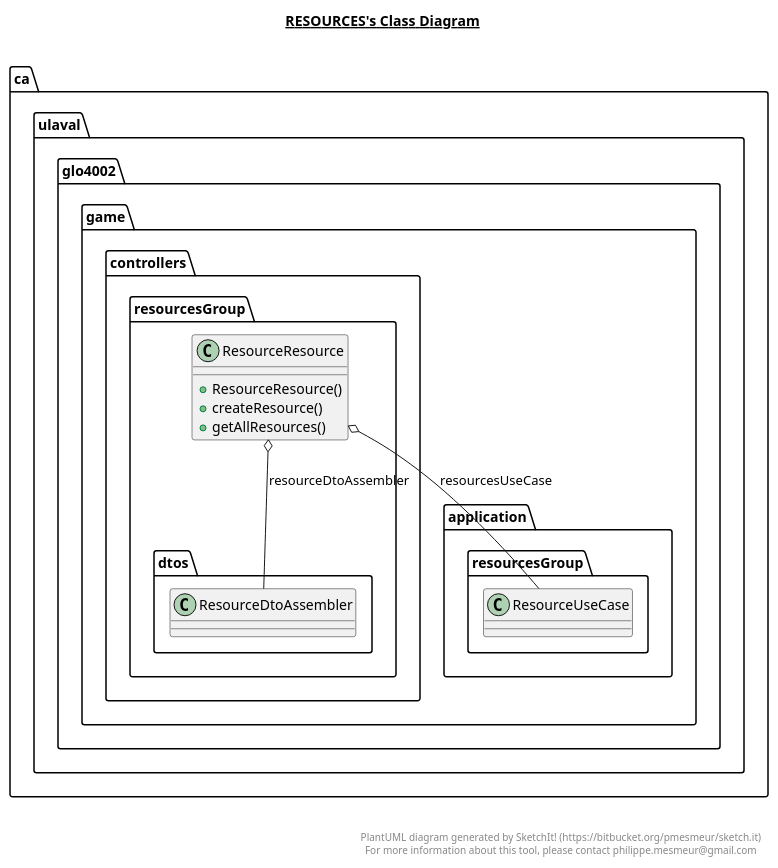
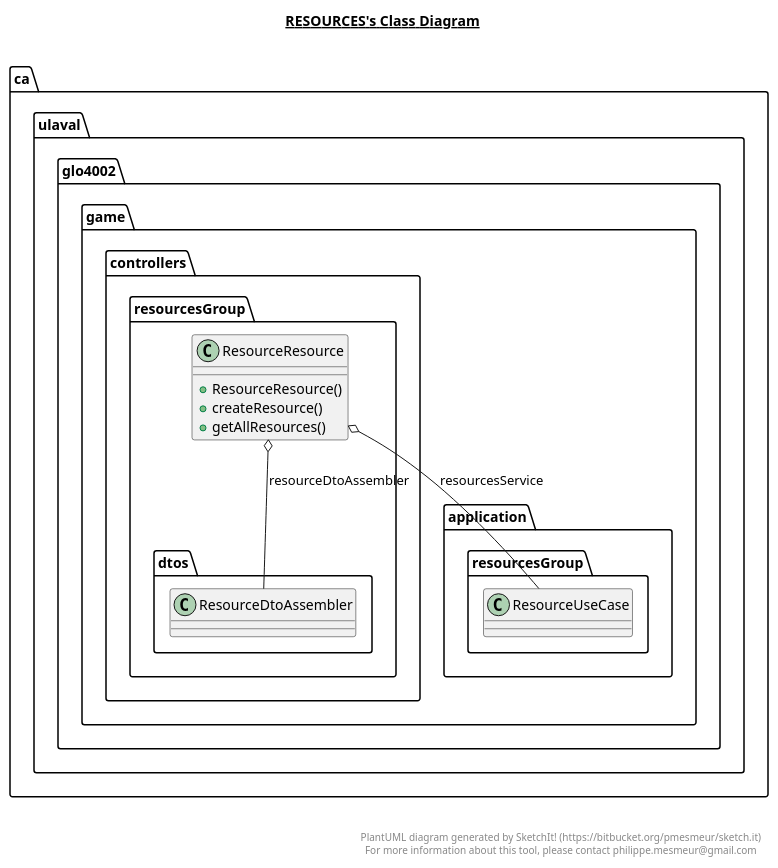
Before and after one commit to MALEC321/MEP7: the diagram in game-api/src/main/java/ca/ulaval/glo4002/game/controllers/resources/resources.plantuml, drawn with PlantUML. The commit also changed 31 other files, not shown here.

```diff
--- a/game-api/src/main/java/ca/ulaval/glo4002/game/controllers/resources/resources.plantuml
+++ b/game-api/src/main/java/ca/ulaval/glo4002/game/controllers/resources/resources.plantuml
@@ -1,27 +1,27 @@
 @startuml
 
 title __RESOURCES's Class Diagram__\n
 
     namespace ca.ulaval.glo4002.game {
       namespace controllers.resourcesGroup {
         class ca.ulaval.glo4002.game.controllers.resourcesGroup.ResourceResource {
             + ResourceResource()
             + createResource()
             + getAllResources()
         }
       }
     }
   
 
   ca.ulaval.glo4002.game.controllers.resourcesGroup.ResourceResource o-- ca.ulaval.glo4002.game.controllers.resourcesGroup.dtos.ResourceDtoAssembler : resourceDtoAssembler
-  ca.ulaval.glo4002.game.controllers.resourcesGroup.ResourceResource o-- ca.ulaval.glo4002.game.application.resourcesGroup.ResourceUseCase : resourcesUseCase
+  ca.ulaval.glo4002.game.controllers.resourcesGroup.ResourceResource o-- ca.ulaval.glo4002.game.application.resourcesGroup.ResourceUseCase : resourcesService
 
 
 right footer
 
 
 PlantUML diagram generated by SketchIt! (https://bitbucket.org/pmesmeur/sketch.it)
 For more information about this tool, please contact philippe.mesmeur@gmail.com
 endfooter
 
 @enduml
```
